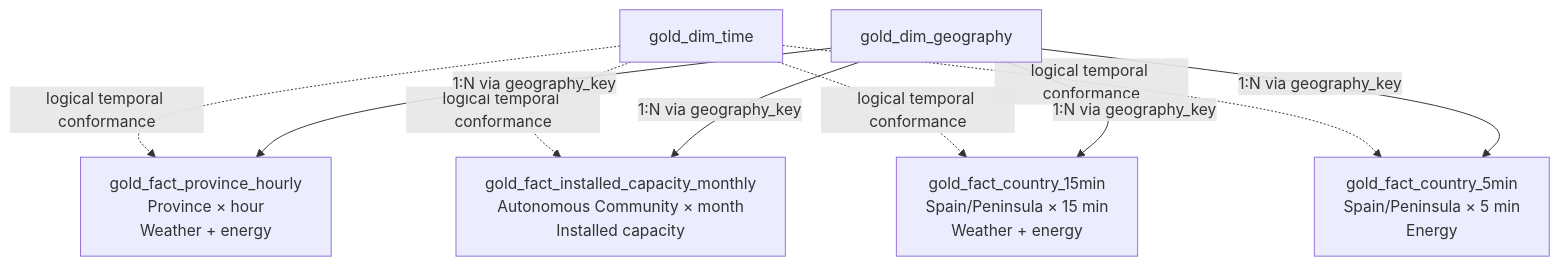
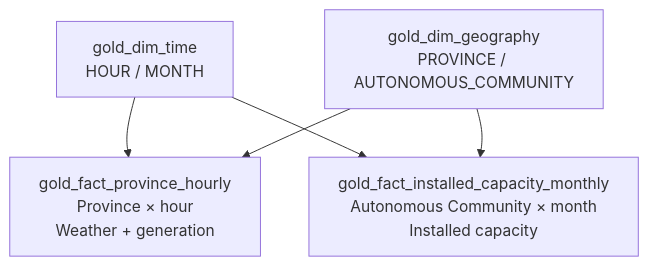
Before and after one commit to ivmaroto/energy-lakehouse-platform: the diagram in docs/Gold/01_gold_design.md, drawn with Mermaid. The commit also changed other lines of this file and 33 other files, not shown here.

````diff
--- a/docs/Gold/01_gold_design.md
+++ b/docs/Gold/01_gold_design.md
@@ -1143,20 +1150,16 @@
-``` mermaid
+```mermaid
 flowchart TB
-    DT["gold_dim_time"]
-    DG["gold_dim_geography"]
 
-    F1["gold_fact_province_hourly<br/>Province × hour<br/>Weather + energy"]
+    DT["gold_dim_time<br/>HOUR / MONTH"]
+    DG["gold_dim_geography<br/>PROVINCE / AUTONOMOUS_COMMUNITY"]
+
+    F1["gold_fact_province_hourly<br/>Province × hour<br/>Weather + generation"]
+
     F2["gold_fact_installed_capacity_monthly<br/>Autonomous Community × month<br/>Installed capacity"]
-    F3["gold_fact_country_15min<br/>Spain/Peninsula × 15 min<br/>Weather + energy"]
-    F4["gold_fact_country_5min<br/>Spain/Peninsula × 5 min<br/>Energy"]
 
-    DT -.->|logical temporal conformance| F1
-    DT -.->|logical temporal conformance| F2
-    DT -.->|logical temporal conformance| F3
-    DT -.->|logical temporal conformance| F4
+    DT --> F1
+    DT --> F2
 
-    DG -->|1:N via geography_key| F1
-    DG -->|1:N via geography_key| F2
-    DG -->|1:N via geography_key| F3
-    DG -->|1:N via geography_key| F4
+    DG --> F1
+    DG --> F2
 ```
````
